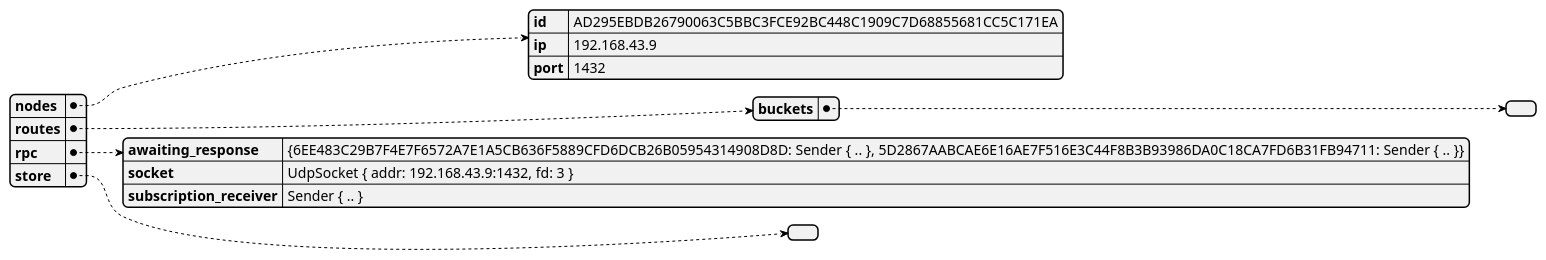
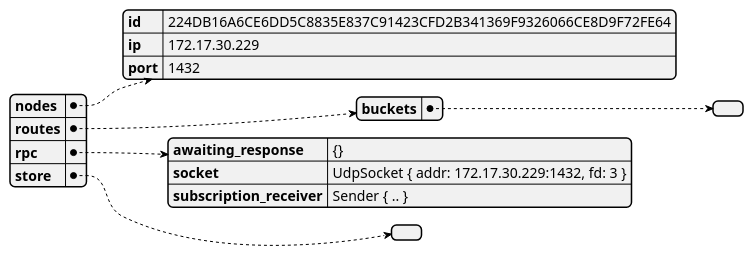
Before and after one commit to GoliathHagar/distributed_legder_kademlia: the diagram in src/distributed_legder/state_dumps/self.json.plantuml, drawn with PlantUML. The commit also changed 6 other files, not shown here.

```diff
--- a/src/distributed_legder/state_dumps/self.json.plantuml
+++ b/src/distributed_legder/state_dumps/self.json.plantuml
@@ -1,3 +1,3 @@
 @startjson
-{"nodes":{"id":"AD295EBDB26790063C5BBC3FCE92BC448C1909C7D68855681CC5C171EA","ip":"192.168.43.9","port":1432},"routes":{"buckets":[]},"rpc":{"awaiting_response":"{6EE483C29B7F4E7F6572A7E1A5CB636F5889CFD6DCB26B05954314908D8D: Sender { .. }, 5D2867AABCAE6E16AE7F516E3C44F8B3B93986DA0C18CA7FD6B31FB94711: Sender { .. }}","socket":"UdpSocket { addr: 192.168.43.9:1432, fd: 3 }","subscription_receiver":"Sender { .. }"},"store":[]}
+{"nodes":{"id":"224DB16A6CE6DD5C8835E837C91423CFD2B341369F9326066CE8D9F72FE64","ip":"172.17.30.229","port":1432},"routes":{"buckets":[]},"rpc":{"awaiting_response":"{}","socket":"UdpSocket { addr: 172.17.30.229:1432, fd: 3 }","subscription_receiver":"Sender { .. }"},"store":[]}
 @endjson
```
